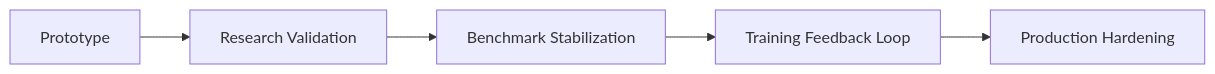
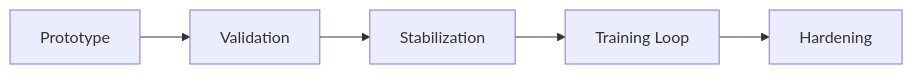
Diagram 14 of 15 in README.md (tanaymitra54/samsung_backup), drawn with Mermaid before and after one commit. The commit also changed other lines of this file, not shown here.

Commit message:
Simplify README Mermaid diagrams: shorter labels, cleaner visuals, less text

````diff
--- a/README.md
+++ b/README.md
@@ -515,7 +467,7 @@
 ```mermaid
 flowchart LR
-    R1[Prototype] --> R2[Research Validation]
-    R2 --> R3[Benchmark Stabilization]
-    R3 --> R4[Training Feedback Loop]
-    R4 --> R5[Production Hardening]
+    P[Prototype] --> V[Validation]
+    V --> S[Stabilization]
+    S --> T[Training Loop]
+    T --> H[Hardening]
 ```
````
